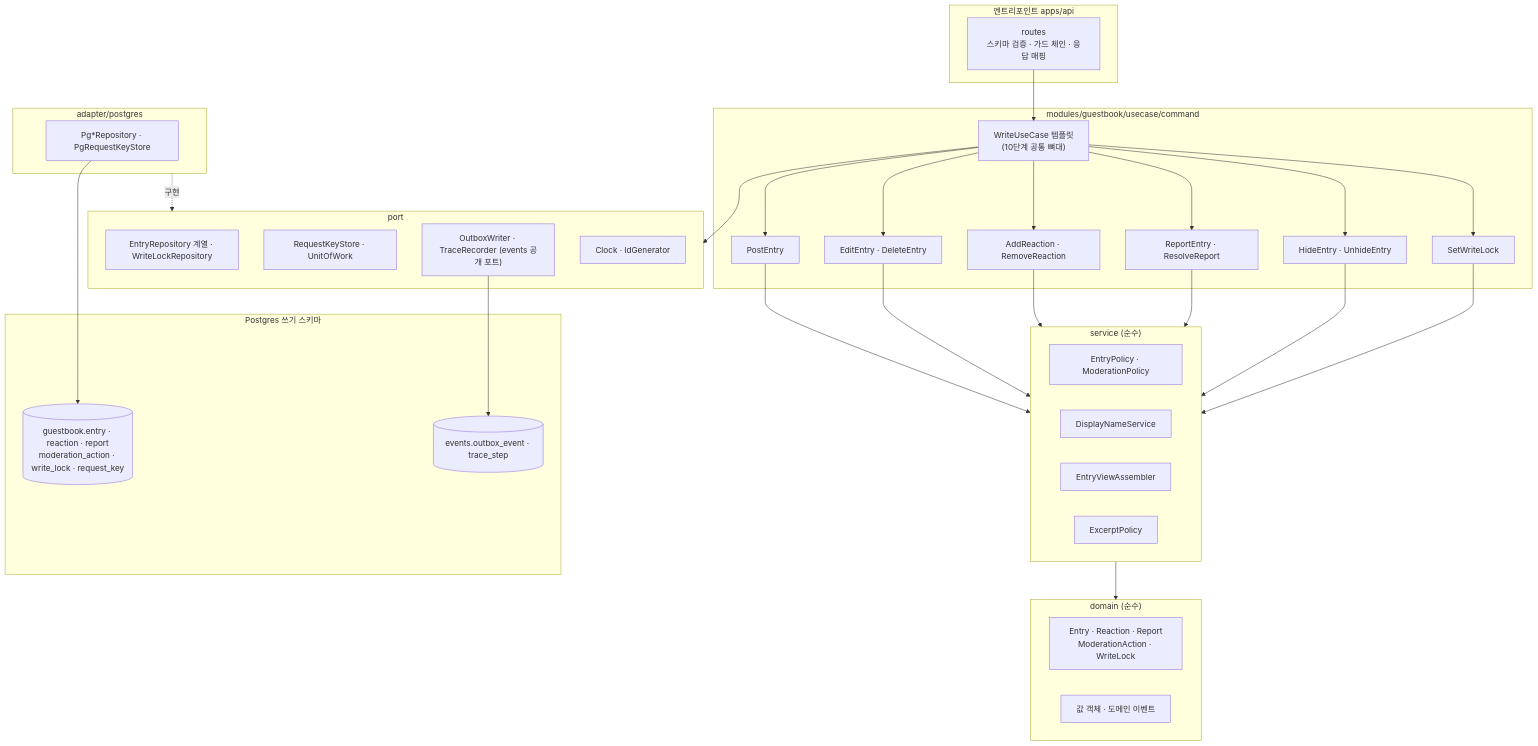
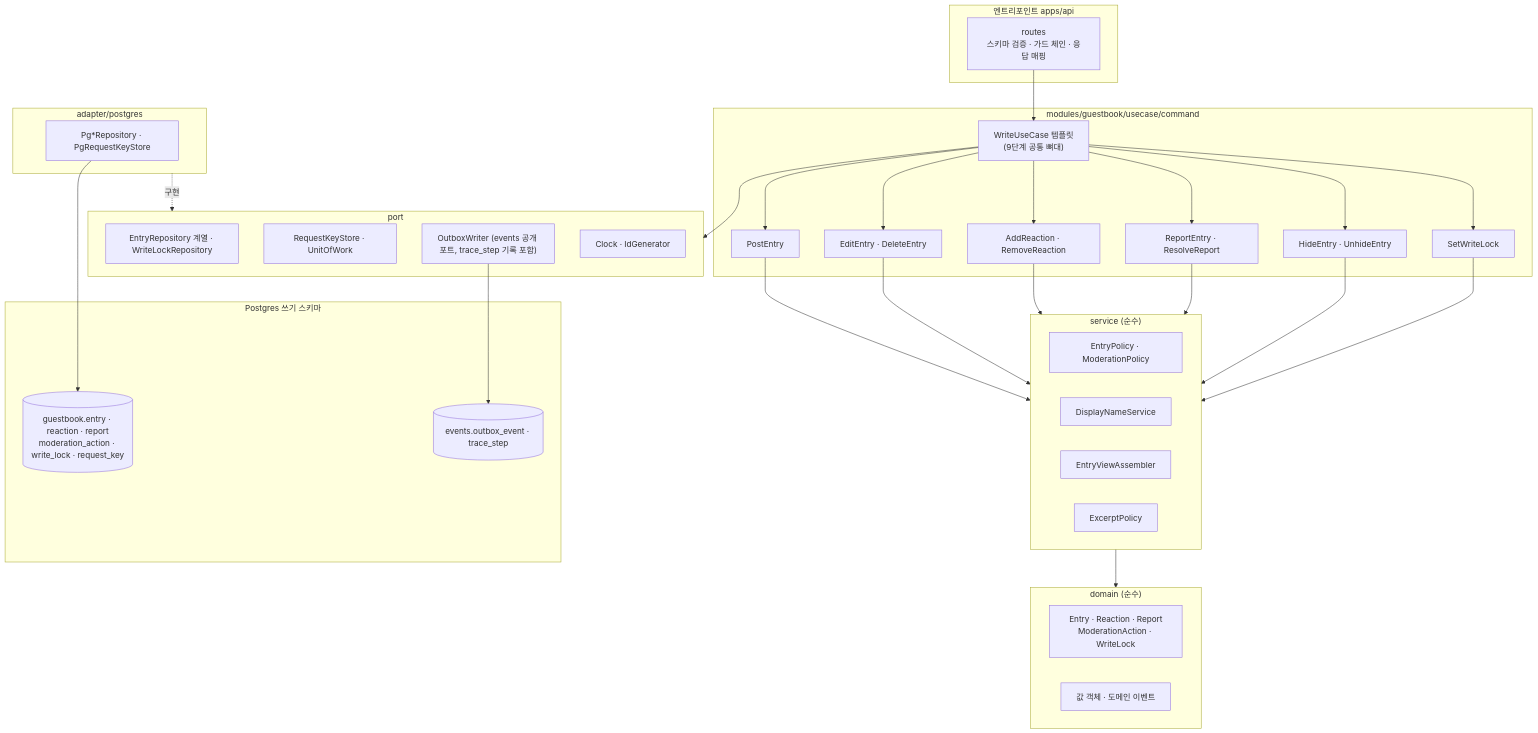
One commit to 1985jwlee/portpolio_backend changed the first of 41 diagrams in docs/design/features/11-guestbook-write.md. Above: the diagram before and after it, drawn with Mermaid. The commit also changed other lines of this file and 33 other files, not shown here.

````diff
--- a/docs/design/features/11-guestbook-write.md
+++ b/docs/design/features/11-guestbook-write.md
@@ -14,46 +14,46 @@
 ```mermaid
 flowchart TB
     subgraph entry["엔트리포인트 apps/api"]
         RT["routes<br/>스키마 검증 · 가드 체인 · 응답 매핑"]
     end
     subgraph uc["modules/guestbook/usecase/command"]
-        BASE["WriteUseCase 템플릿<br/>(10단계 공통 뼈대)"]
+        BASE["WriteUseCase 템플릿<br/>(9단계 공통 뼈대)"]
         C1["PostEntry"]
         C2["EditEntry · DeleteEntry"]
         C3["AddReaction · RemoveReaction"]
         C4["ReportEntry · ResolveReport"]
         C5["HideEntry · UnhideEntry"]
         C6["SetWriteLock"]
     end
     subgraph svc["service (순수)"]
         S1["EntryPolicy · ModerationPolicy"]
         S2["DisplayNameService"]
         S3["EntryViewAssembler"]
         S4["ExcerptPolicy"]
     end
     subgraph dom["domain (순수)"]
         D1["Entry · Reaction · Report<br/>ModerationAction · WriteLock"]
         D2["값 객체 · 도메인 이벤트"]
     end
     subgraph port["port"]
         P1["EntryRepository 계열 · WriteLockRepository"]
         P2["RequestKeyStore · UnitOfWork"]
-        P3["OutboxWriter · TraceRecorder (events 공개 포트)"]
+        P3["OutboxWriter (events 공개 포트, trace_step 기록 포함)"]
         P4["Clock · IdGenerator"]
     end
     subgraph adp["adapter/postgres"]
         A1["Pg*Repository · PgRequestKeyStore"]
     end
     subgraph store["Postgres 쓰기 스키마"]
         T1[("guestbook.entry · reaction · report<br/>moderation_action · write_lock · request_key")]
         T2[("events.outbox_event · trace_step")]
     end
     RT --> BASE
     BASE --> C1 & C2 & C3 & C4 & C5 & C6
     C1 & C2 & C3 & C4 & C5 & C6 --> svc
     svc --> dom
     BASE --> port
     adp -. "구현" .-> port
     A1 --> T1
     P3 --> T2
 ```
````
